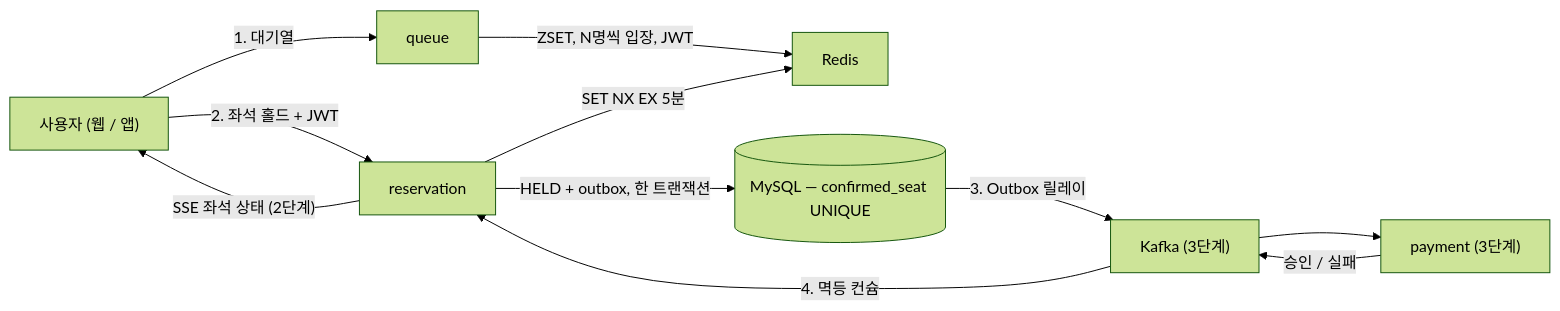
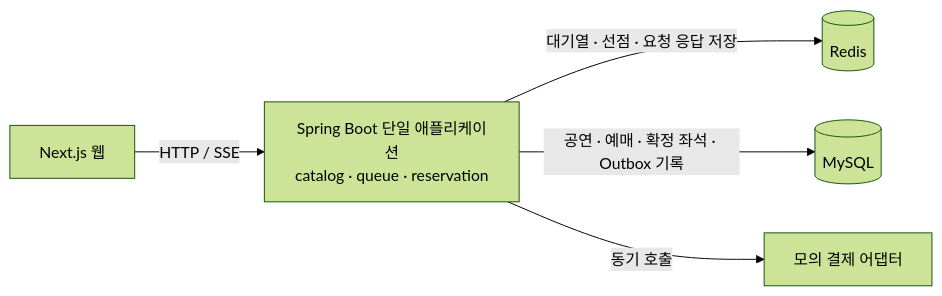
Before and after one commit to YongjaeKwon/ticket-rush: the diagram in README.md, drawn with Mermaid (forest theme). The commit also changed other lines of this file and 1 other file, not shown here.

````diff
--- a/README.md
+++ b/README.md
@@ -28,13 +37,7 @@
 ```mermaid
 flowchart LR
-  U["사용자 (웹 / 앱)"] -->|"1. 대기열"| Q["queue"]
-  Q -->|"ZSET, N명씩 입장, JWT"| RD["Redis"]
-  U -->|"2. 좌석 홀드 + JWT"| R["reservation"]
-  R -->|"SET NX EX 5분"| RD
-  R -->|"HELD + outbox, 한 트랜잭션"| DB[("MySQL — confirmed_seat UNIQUE")]
-  DB -->|"3. Outbox 릴레이"| K["Kafka (3단계)"]
-  K --> P["payment (3단계)"]
-  P -->|"승인 / 실패"| K
-  K -->|"4. 멱등 컨슘"| R
-  R -->|"SSE 좌석 상태 (2단계)"| U
+  WEB["Next.js 웹"] -->|"HTTP / SSE"| APP["Spring Boot 단일 애플리케이션<br/>catalog · queue · reservation"]
+  APP -->|"대기열 · 선점 · 요청 응답 저장"| REDIS[(Redis)]
+  APP -->|"공연 · 예매 · 확정 좌석 · Outbox 기록"| DB[(MySQL)]
+  APP -->|"동기 호출"| PAYMENT["모의 결제 어댑터"]
 ```
````
